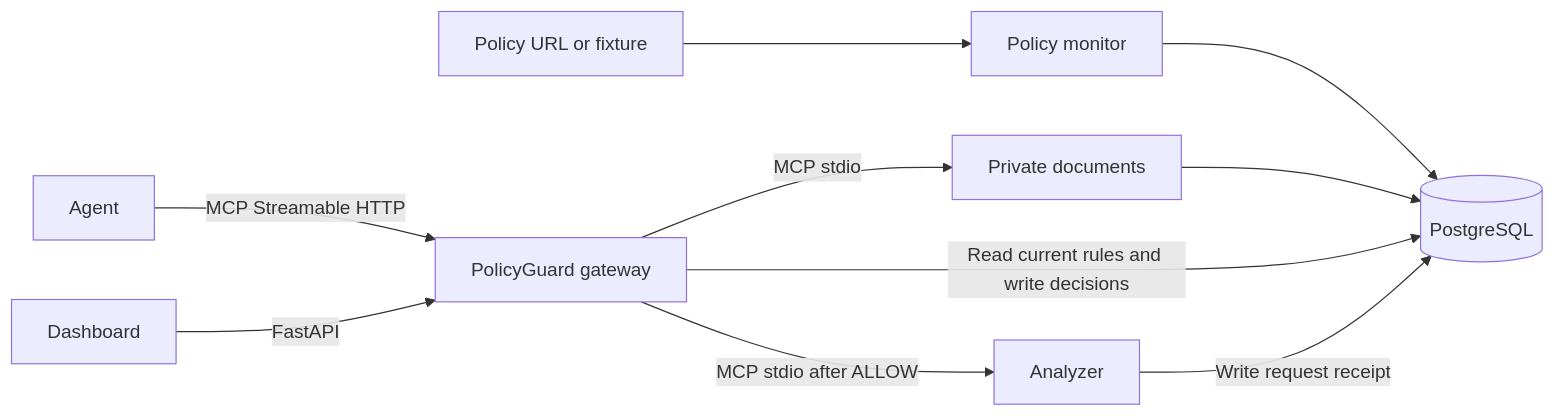
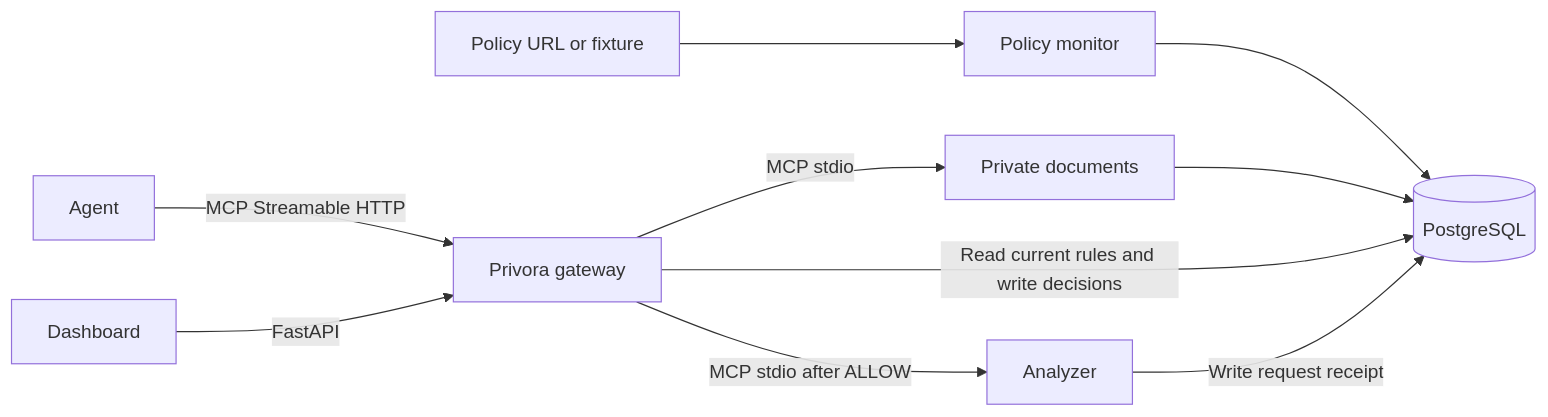
Before and after one commit to binarybranch30/Privora: the diagram in docs/ARCHITECTURE.md, drawn with Mermaid. The commit also changed 45 other files, not shown here.

Commit message:
Rename PolicyGuard MCP to Privora

````diff
--- a/docs/ARCHITECTURE.md
+++ b/docs/ARCHITECTURE.md
@@ -3,12 +3,12 @@
 ```mermaid
 flowchart LR
     P[Policy URL or fixture] --> M[Policy monitor]
     M --> D[(PostgreSQL)]
-    A[Agent] -->|MCP Streamable HTTP| G[PolicyGuard gateway]
+    A[Agent] -->|MCP Streamable HTTP| G[Privora gateway]
     U[Dashboard] -->|FastAPI| G
     G -->|MCP stdio| V[Private documents]
     V --> D
     G -->|Read current rules and write decisions| D
     G -->|MCP stdio after ALLOW| E[Analyzer]
     E -->|Write request receipt| D
 ```
````
